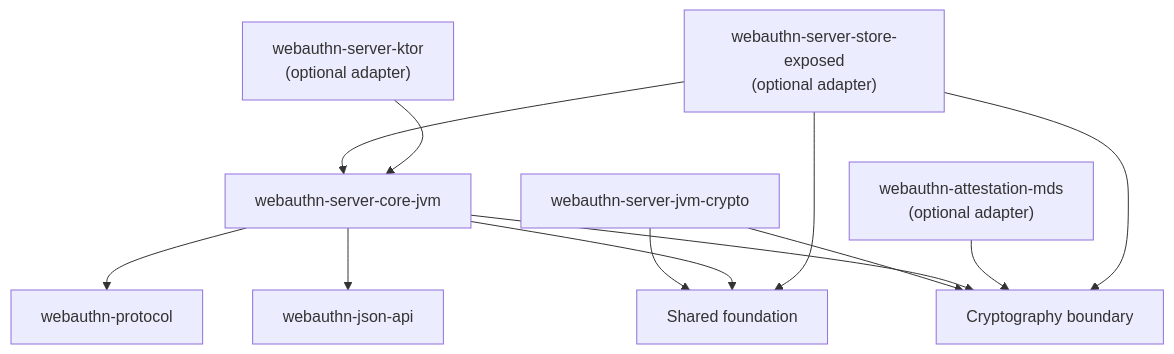
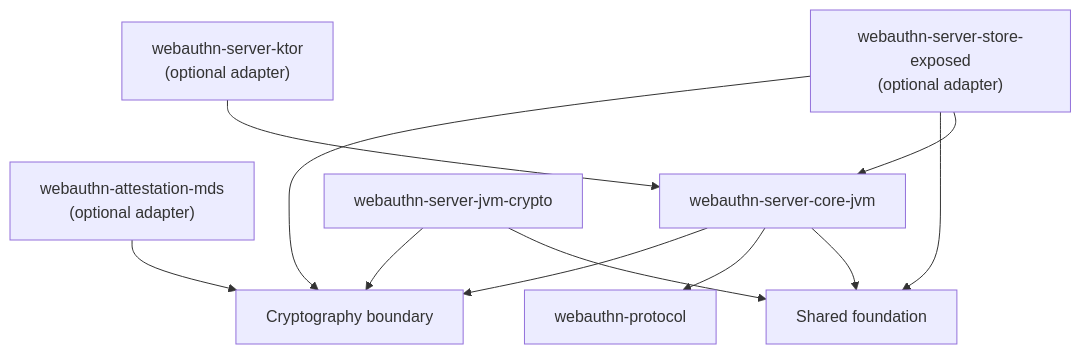
The fourth of 4 diagrams in docs/architecture.md (szijpeter/webauthn-kotlin-multiplatform), drawn with Mermaid before and after one commit. The commit also changed other lines of this file and 110 other files, not shown here.

````diff
--- a/docs/architecture.md
+++ b/docs/architecture.md
@@ -142,28 +145,26 @@
 ```mermaid
 flowchart TB
     KTOR["webauthn-server-ktor<br/>(optional adapter)"]
     STORE["webauthn-server-store-exposed<br/>(optional adapter)"]
     MDS["webauthn-attestation-mds<br/>(optional adapter)"]
     SERVER_CORE["webauthn-server-core-jvm"]
     PROTOCOL["webauthn-protocol"]
-    JSON_API["webauthn-json-api"]
     JVM_CRYPTO["webauthn-server-jvm-crypto"]
     FOUNDATION["Shared foundation"]
     CRYPTO["Cryptography boundary"]
 
     KTOR --> SERVER_CORE
 
     STORE --> SERVER_CORE
     STORE --> FOUNDATION
     STORE --> CRYPTO
 
     MDS --> CRYPTO
 
     SERVER_CORE --> FOUNDATION
     SERVER_CORE --> PROTOCOL
-    SERVER_CORE --> JSON_API
     SERVER_CORE --> CRYPTO
 
     JVM_CRYPTO --> FOUNDATION
     JVM_CRYPTO --> CRYPTO
 ```
````
